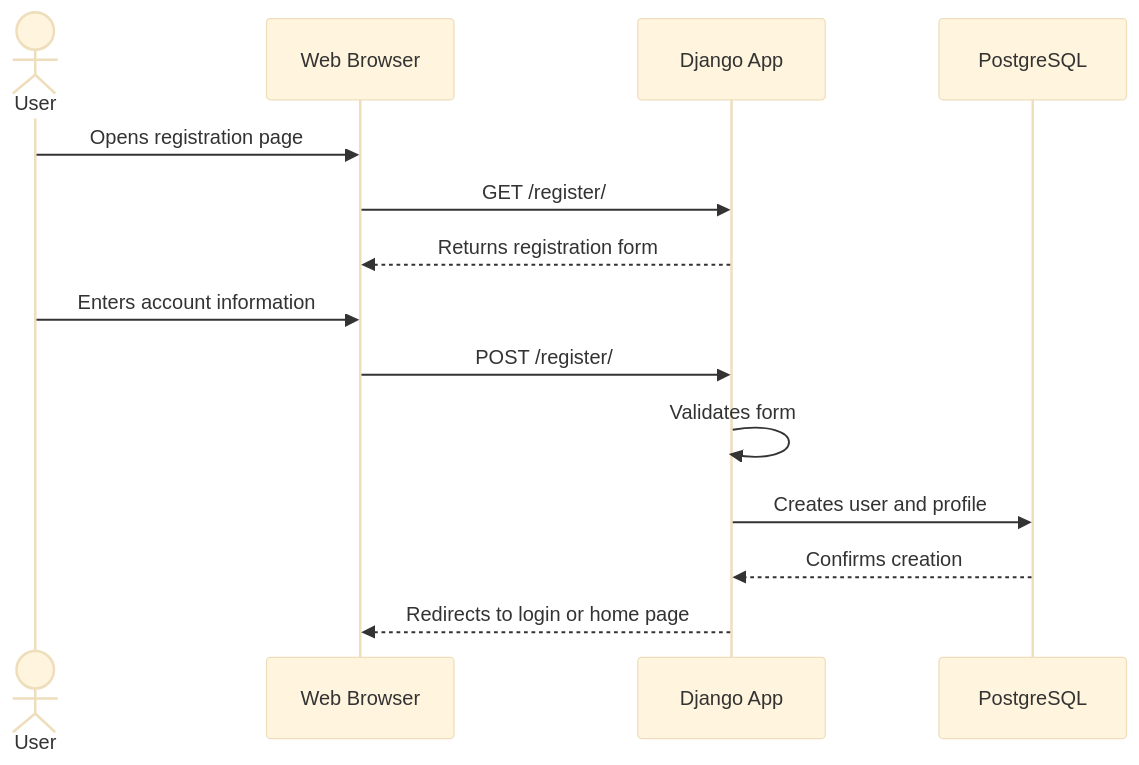
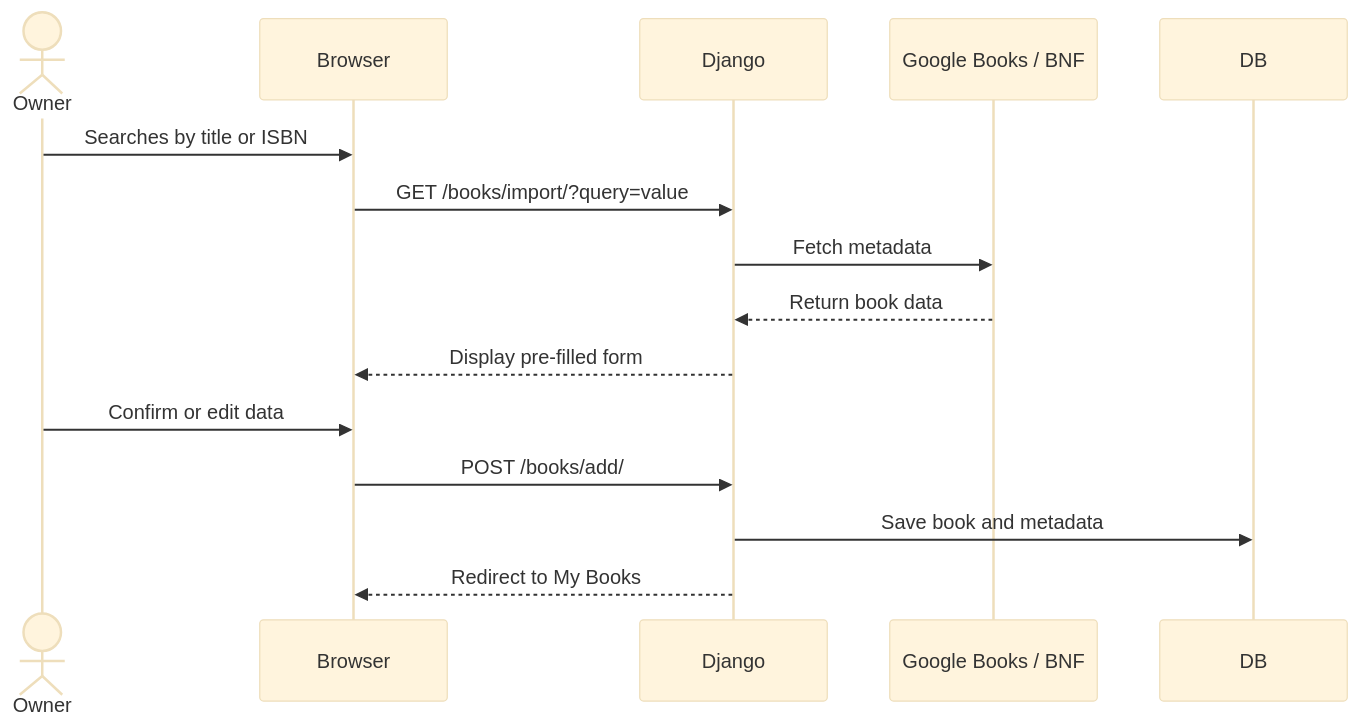
The third of 5 diagrams in README.md (Handroc/Livract-project), drawn with Mermaid (base theme) before and after one commit. The commit also changed other lines of this file, not shown here.

````diff
--- a/README.md
+++ b/README.md
@@ -300,16 +263,17 @@
 ```mermaid
 sequenceDiagram
-    actor User
-    participant Browser as Web Browser
-    participant Django as Django App
-    participant DB as PostgreSQL
-    User->>Browser: Opens registration page
-    Browser->>Django: GET /register/
-    Django-->>Browser: Returns registration form
-    User->>Browser: Enters account information
-    Browser->>Django: POST /register/
-    Django->>Django: Validates form
-    Django->>DB: Creates user and profile
-    DB-->>Django: Confirms creation
-    Django-->>Browser: Redirects to login or home page
+    actor Owner
+    participant Browser
+    participant Django
+    participant ExternalAPI as Google Books / BNF
+    participant DB
+    Owner->>Browser: Searches by title or ISBN
+    Browser->>Django: GET /books/import/?query=value
+    Django->>ExternalAPI: Fetch metadata
+    ExternalAPI-->>Django: Return book data
+    Django-->>Browser: Display pre-filled form
+    Owner->>Browser: Confirm or edit data
+    Browser->>Django: POST /books/add/
+    Django->>DB: Save book and metadata
+    Django-->>Browser: Redirect to My Books
 ```
````
